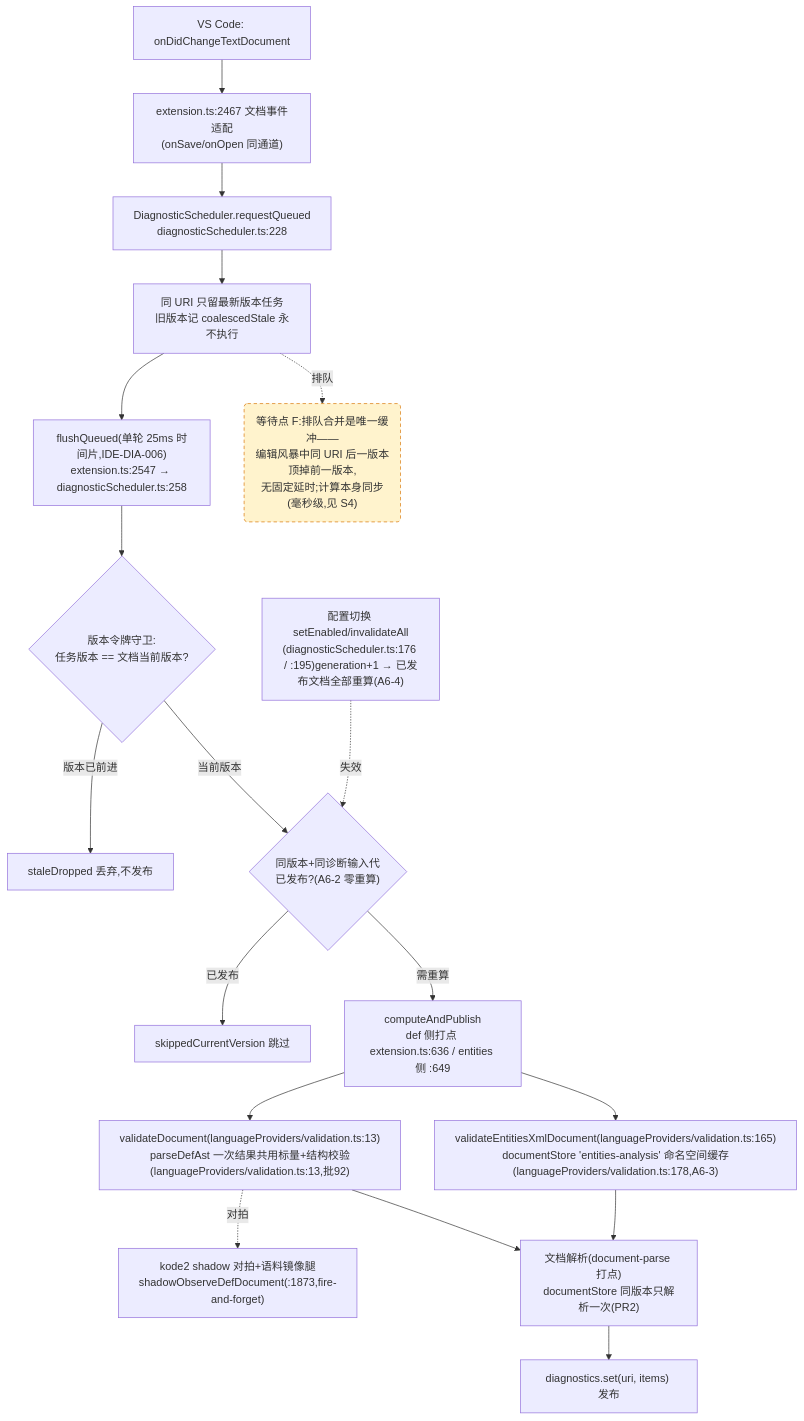
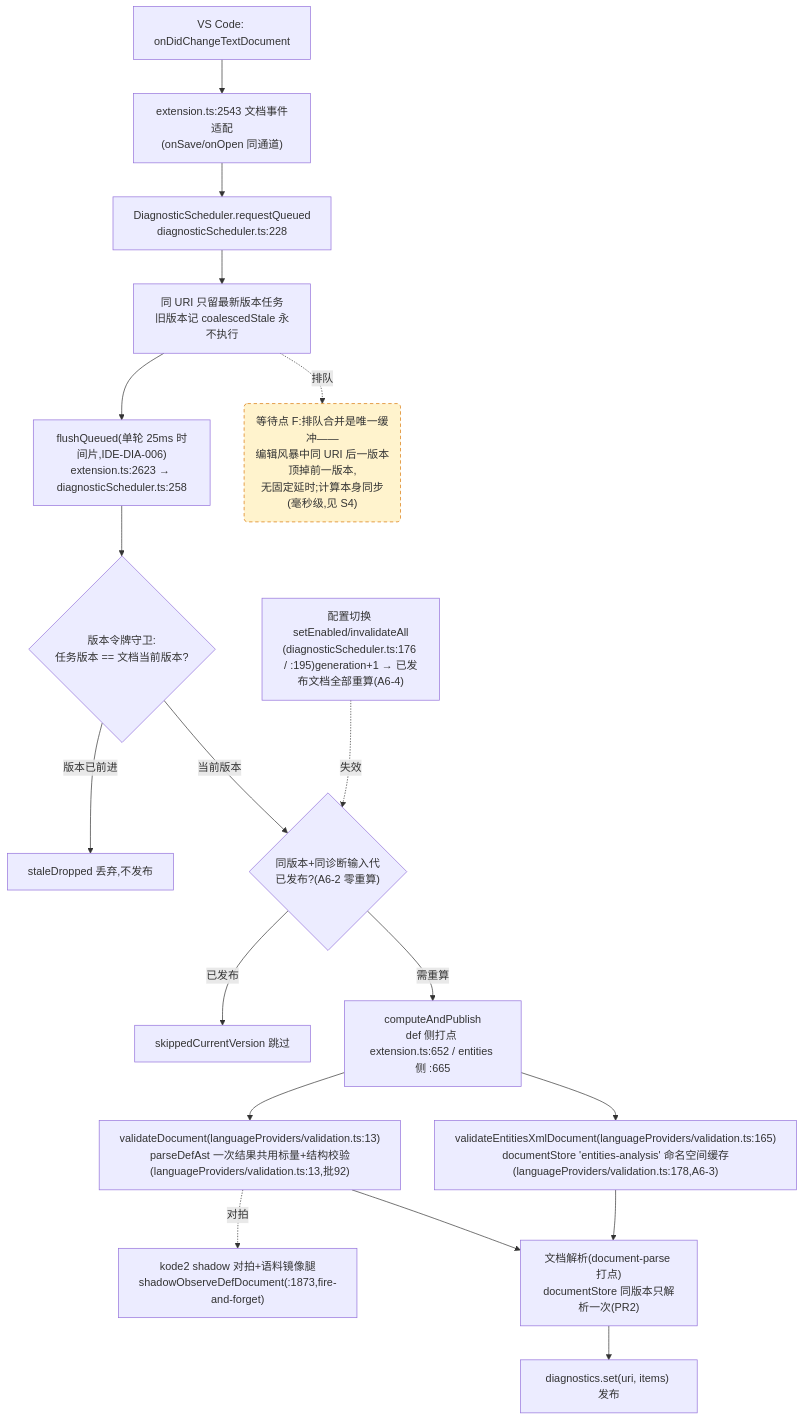
Before and after one commit to cuihairu/kode: the fourth of 4 diagrams in docs/perf/2026-baseline.md, drawn with Mermaid. The commit also changed other lines of this file and 13 other files, not shown here.

````diff
--- a/docs/perf/2026-baseline.md
+++ b/docs/perf/2026-baseline.md
@@ -214,38 +214,38 @@
 ```mermaid
 flowchart TD
   CHG["VS Code: onDidChangeTextDocument"]
-  WATCH["extension.ts:2467 文档事件适配<br/>(onSave/onOpen 同通道)"]
+  WATCH["extension.ts:2543 文档事件适配<br/>(onSave/onOpen 同通道)"]
   RQ["DiagnosticScheduler.requestQueued<br/>diagnosticScheduler.ts:228"]
   CO["同 URI 只留最新版本任务<br/>旧版本记 coalescedStale 永不执行"]
-  FL["flushQueued(单轮 25ms 时间片,IDE-DIA-006)<br/>extension.ts:2547 → diagnosticScheduler.ts:258"]
+  FL["flushQueued(单轮 25ms 时间片,IDE-DIA-006)<br/>extension.ts:2623 → diagnosticScheduler.ts:258"]
   VG{"版本令牌守卫:<br/>任务版本 == 文档当前版本?"}
   DROP["staleDropped 丢弃,不发布"]
   GEN{"同版本+同诊断输入代<br/>已发布?(A6-2 零重算)"}
   SKIP["skippedCurrentVersion 跳过"]
-  CALC["computeAndPublish<br/>def 侧打点 extension.ts:636 / entities 侧 :649"]
+  CALC["computeAndPublish<br/>def 侧打点 extension.ts:652 / entities 侧 :665"]
   VD["validateDocument(languageProviders/validation.ts:13)<br/>parseDefAst 一次结果共用标量+结构校验(languageProviders/validation.ts:13,批92)"]
   VEX["validateEntitiesXmlDocument(languageProviders/validation.ts:165)<br/>documentStore 'entities-analysis' 命名空间缓存(languageProviders/validation.ts:178,A6-3)"]
   SHDD["kode2 shadow 对拍+语料镜像腿<br/>shadowObserveDefDocument(:1873,fire-and-forget)"]
   DS["文档解析(document-parse 打点)<br/>documentStore 同版本只解析一次(PR2)"]
   PUB["diagnostics.set(uri, items) 发布"]
   CFG2["配置切换 setEnabled/invalidateAll<br/>(diagnosticScheduler.ts:176 / :195)generation+1 → 已发布文档全部重算(A6-4)"]
 
   CHG --> WATCH --> RQ --> CO --> FL --> VG
   VG -- "版本已前进" --> DROP
   VG -- "当前版本" --> GEN
   GEN -- "已发布" --> SKIP
   GEN -- "需重算" --> CALC
   CALC --> VD
   CALC --> VEX
   VD --> DS
   VEX --> DS
   DS --> PUB
   VD -.->|对拍| SHDD
   CFG2 -.->|失效| GEN
 
   WAITF("等待点 F:排队合并是唯一缓冲——<br/>编辑风暴中同 URI 后一版本顶掉前一版本,<br/>无固定延时;计算本身同步(毫秒级,见 S4)")
   CO -.->|排队| WAITF
 
   classDef waitPoint fill:#fff3cd,stroke:#d97706,stroke-dasharray:5 4;
   class WAITF waitPoint;
 ```
````
